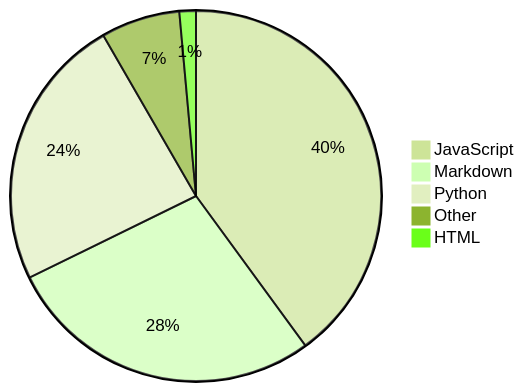
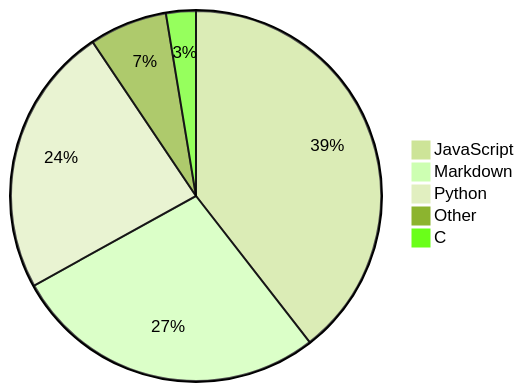
One commit to Alicia111/alicia111 changed the diagram in README.md. Above: the diagram before and after it, drawn with Mermaid (forest theme).

Commit message:
Update WakaTime stats (・ω・)b

````diff
--- a/README.md
+++ b/README.md
@@ -32,8 +32,8 @@
 ```mermaid
 pie
-    "JavaScript" : 38.56
-    "Markdown" : 26.83
-    "Python" : 23.08
-    "Other" : 6.65
-    "HTML" : 1.39
+    "JavaScript" : 37.6
+    "Markdown" : 26.17
+    "Python" : 22.51
+    "Other" : 6.48
+    "C" : 2.48
 ```
````
